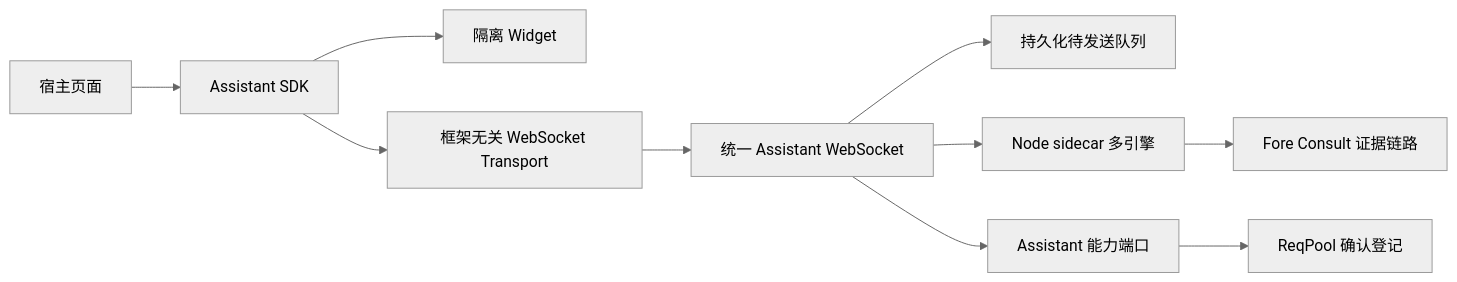
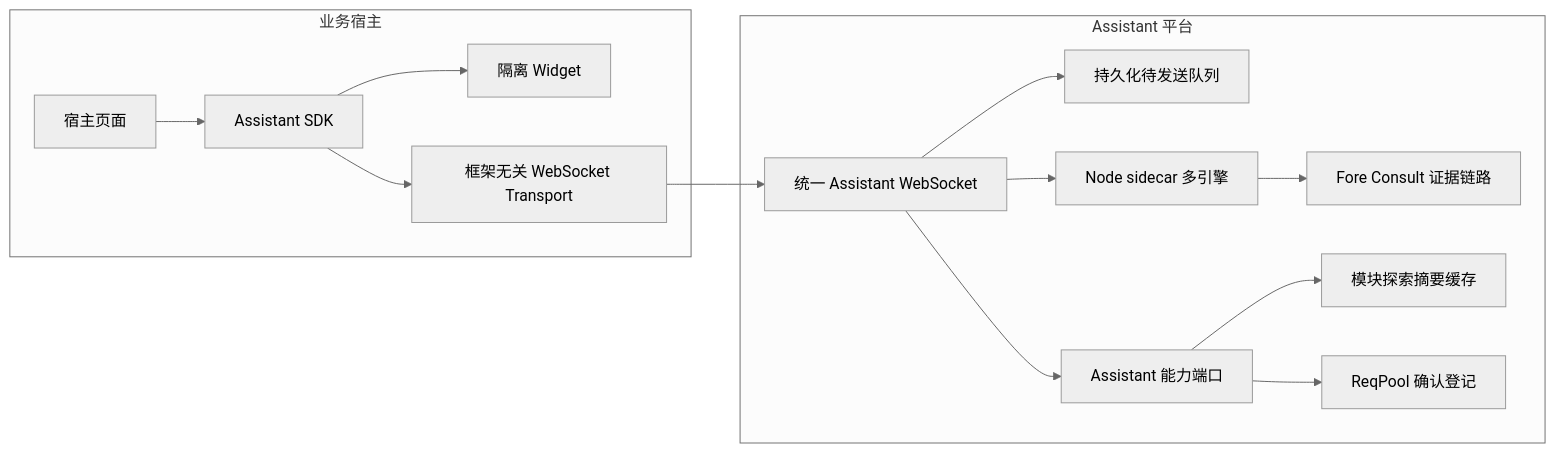
The first of 3 diagrams in docs/design/企业内部多Web系统统一嵌入式AI助手/企业内部多Web系统统一嵌入式AI助手-current.md (exception-coder/kai-toolbox), drawn with Mermaid (neutral theme) before and after one commit. The commit also changed other lines of this file and 71 other files, not shown here.

````diff
--- a/docs/design/企业内部多Web系统统一嵌入式AI助手/企业内部多Web系统统一嵌入式AI助手-current.md
+++ b/docs/design/企业内部多Web系统统一嵌入式AI助手/企业内部多Web系统统一嵌入式AI助手-current.md
@@ -15,12 +16,17 @@
 ```mermaid
 flowchart LR
-    HOST["宿主页面"] --> SDK["Assistant SDK"]
-    SDK --> WIDGET["隔离 Widget"]
-    SDK --> TRANSPORT["框架无关 WebSocket Transport"]
-    TRANSPORT --> CONSULT["统一 Assistant WebSocket"]
-    CONSULT --> QUEUE["持久化待发送队列"]
-    CONSULT --> SIDECAR["Node sidecar 多引擎"]
-    SIDECAR --> EVIDENCE["Fore Consult 证据链路"]
-    CONSULT --> CAPABILITY["Assistant 能力端口"]
-    CAPABILITY --> REQ["ReqPool 确认登记"]
+    subgraph Host["业务宿主"]
+        HOST["宿主页面"] --> SDK["Assistant SDK"]
+        SDK --> WIDGET["隔离 Widget"]
+        SDK --> TRANSPORT["框架无关 WebSocket Transport"]
+    end
+    subgraph Platform["Assistant 平台"]
+        TRANSPORT --> CONSULT["统一 Assistant WebSocket"]
+        CONSULT --> QUEUE["持久化待发送队列"]
+        CONSULT --> SIDECAR["Node sidecar 多引擎"]
+        SIDECAR --> EVIDENCE["Fore Consult 证据链路"]
+        CONSULT --> CAPABILITY["Assistant 能力端口"]
+        CAPABILITY --> CACHE["模块探索摘要缓存"]
+        CAPABILITY --> REQ["ReqPool 确认登记"]
+    end
 ```
````
